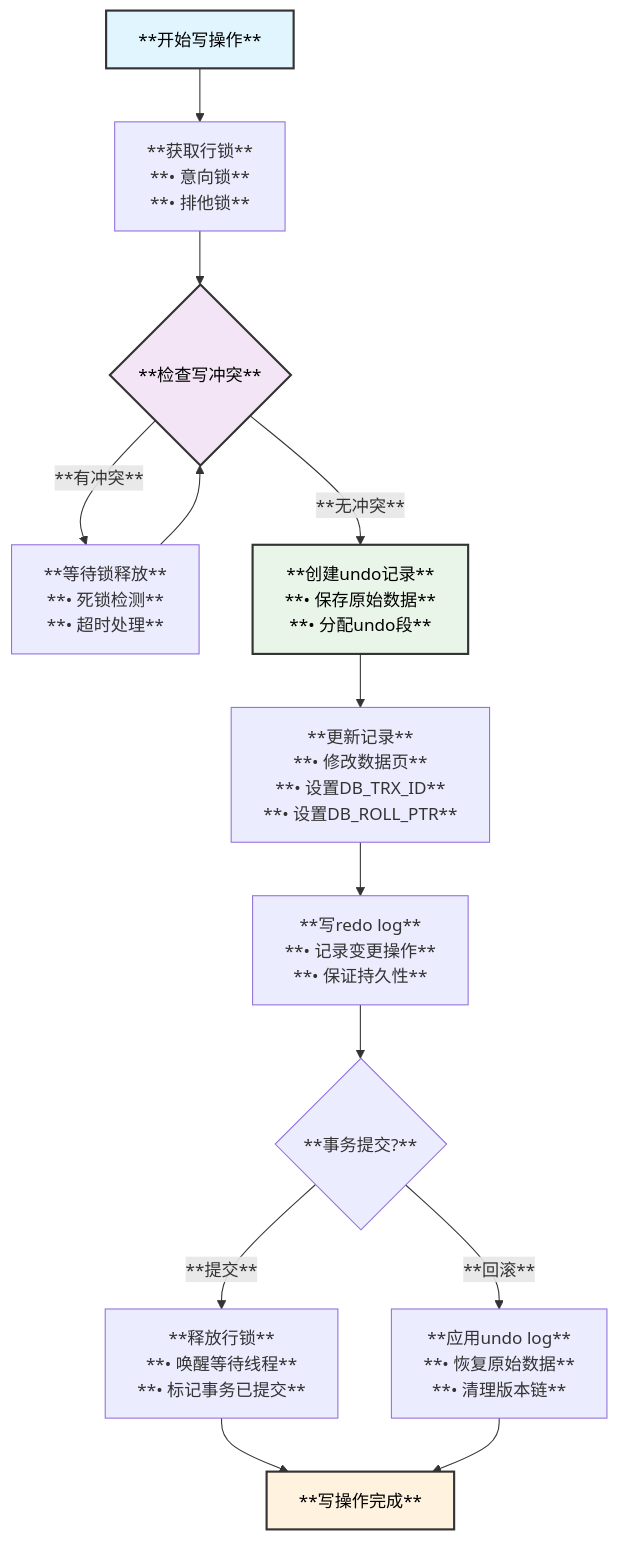
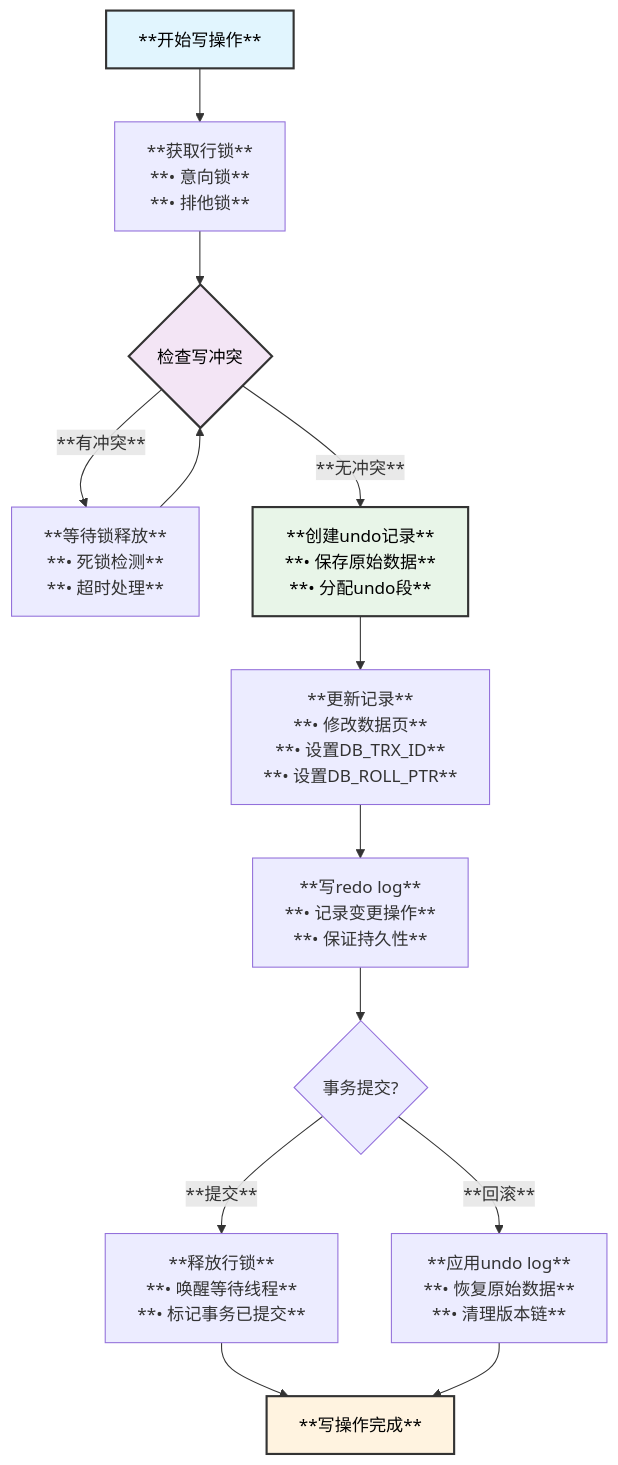
The third of 3 diagrams in vdocs/design/MVD.md (victor1589007281/percona-server), drawn with Mermaid before and after one commit. The commit also changed other lines of this file and 141 other files, not shown here.

````diff
--- a/vdocs/design/MVD.md
+++ b/vdocs/design/MVD.md
@@ -333,28 +333,28 @@
 ```mermaid
 flowchart TD
     START_WRITE[**开始写操作**] --> ACQUIRE_LOCK[**获取行锁**<br/>**• 意向锁**<br/>**• 排他锁**]
     
-    ACQUIRE_LOCK --> CHECK_WRITE_CONFLICT{**检查写冲突**}
+    ACQUIRE_LOCK --> CHECK_WRITE_CONFLICT{"检查写冲突"}
     
     CHECK_WRITE_CONFLICT -->|**有冲突**| WAIT_LOCK[**等待锁释放**<br/>**• 死锁检测**<br/>**• 超时处理**]
     CHECK_WRITE_CONFLICT -->|**无冲突**| CREATE_UNDO[**创建undo记录**<br/>**• 保存原始数据**<br/>**• 分配undo段**]
     
     WAIT_LOCK --> CHECK_WRITE_CONFLICT
     
     CREATE_UNDO --> UPDATE_RECORD[**更新记录**<br/>**• 修改数据页**<br/>**• 设置DB_TRX_ID**<br/>**• 设置DB_ROLL_PTR**]
     
     UPDATE_RECORD --> WRITE_REDO[**写redo log**<br/>**• 记录变更操作**<br/>**• 保证持久性**]
     
-    WRITE_REDO --> COMMIT_CHECK{**事务提交?**}
+    WRITE_REDO --> COMMIT_CHECK{"事务提交?"}
     
     COMMIT_CHECK -->|**提交**| RELEASE_LOCKS[**释放行锁**<br/>**• 唤醒等待线程**<br/>**• 标记事务已提交**]
     COMMIT_CHECK -->|**回滚**| APPLY_UNDO[**应用undo log**<br/>**• 恢复原始数据**<br/>**• 清理版本链**]
     
     RELEASE_LOCKS --> END_WRITE[**写操作完成**]
     APPLY_UNDO --> END_WRITE
     
     style START_WRITE fill:#e1f5fe,color:#000,stroke:#333,stroke-width:2px
     style CHECK_WRITE_CONFLICT fill:#f3e5f5,color:#000,stroke:#333,stroke-width:2px  
     style CREATE_UNDO fill:#e8f5e8,color:#000,stroke:#333,stroke-width:2px
     style END_WRITE fill:#fff3e0,color:#000,stroke:#333,stroke-width:2px
 ```
````
